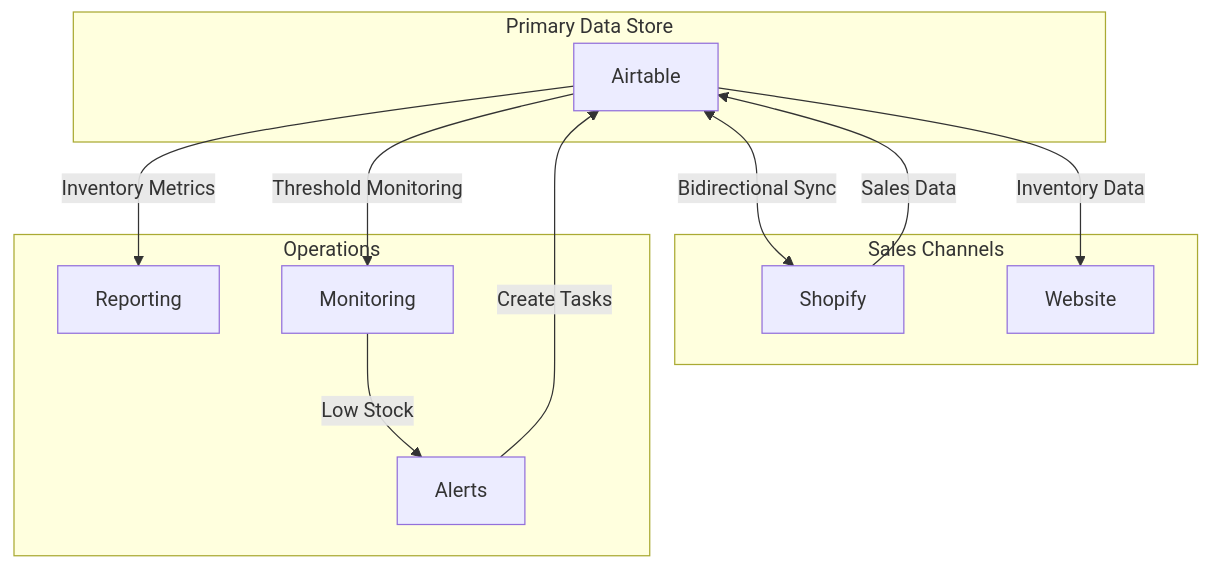
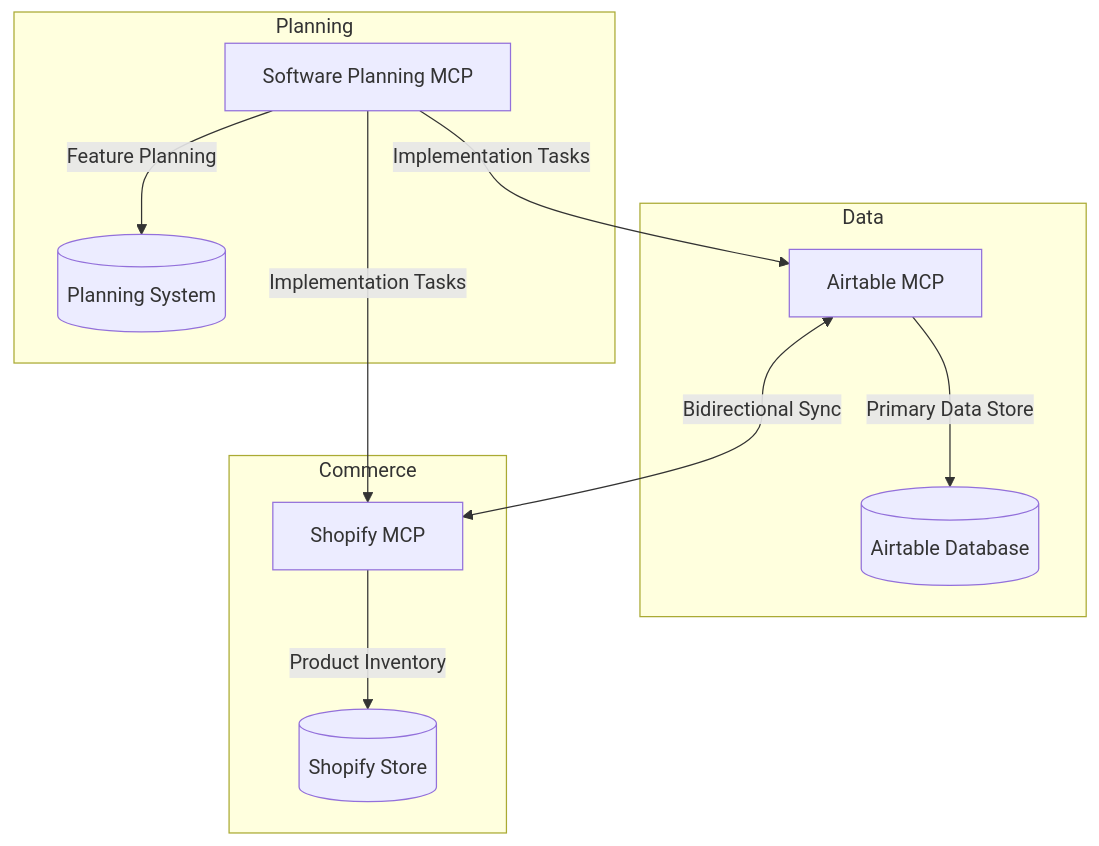
The first of 4 diagrams in memory-bank/mcp/mcp-inventory-management.md (madezmedia/different-not-less), drawn with Mermaid before and after one commit. The commit also changed other lines of this file and 1 other file, not shown here.

Commit message:
Add detailed documentation for Software Planning MCP and inventory management

````diff
--- a/memory-bank/mcp/mcp-inventory-management.md
+++ b/memory-bank/mcp/mcp-inventory-management.md
@@ -18,25 +17,18 @@
 ```mermaid
 flowchart TD
-    subgraph Primary [Primary Data Store]
-        A[Airtable]
+    subgraph Data
+        AT[Airtable MCP] -->|Primary Data Store| ATDB[(Airtable Database)]
     end
     
-    subgraph Sales [Sales Channels]
-        S[Shopify]
-        W[Website]
+    subgraph Commerce
+        SH[Shopify MCP] -->|Product Inventory| SHOP[(Shopify Store)]
     end
     
-    subgraph Operations [Operations]
-        R[Reporting]
-        M[Monitoring]
-        AL[Alerts]
+    subgraph Planning
+        SP[Software Planning MCP] -->|Feature Planning| PLAN[(Planning System)]
     end
     
-    A <-->|Bidirectional Sync| S
-    S -->|Sales Data| A
-    A -->|Inventory Data| W
-    A -->|Inventory Metrics| R
-    A -->|Threshold Monitoring| M
-    M -->|Low Stock| AL
-    AL -->|Create Tasks| A
+    AT <-->|Bidirectional Sync| SH
+    SP -->|Implementation Tasks| AT
+    SP -->|Implementation Tasks| SH
 ```
````
